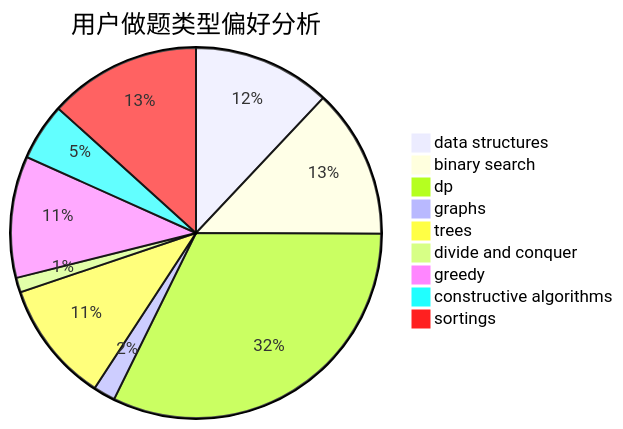
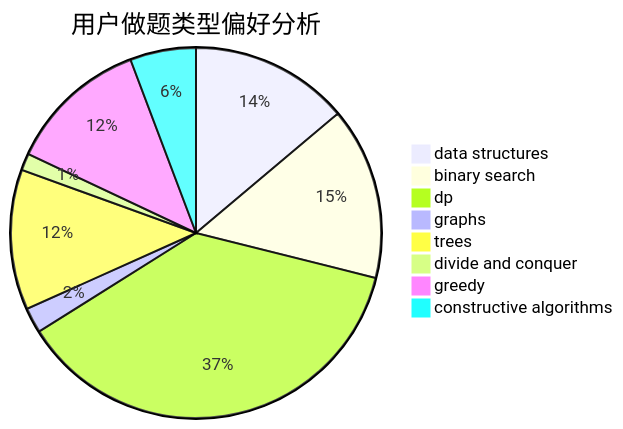
One commit to sherpahu/cfrs.github.io changed the second of 3 diagrams in docs/user/u2152.md. Above: the diagram before and after it, drawn with Mermaid. The commit also changed other lines of this file and 2769 other files, not shown here.

````diff
--- a/docs/user/u2152.md
+++ b/docs/user/u2152.md
@@ -18,12 +18,11 @@
 ```mermaid
 pie title 用户做题类型偏好分析
     "data structures" :  94
     "binary search" :  102
     "dp" :  252
     "graphs" :  15
     "trees" :  83
     "divide and conquer" :  10
     "greedy" :  83
     "constructive algorithms" :  39
-    "sortings" :  104
 ```
````
